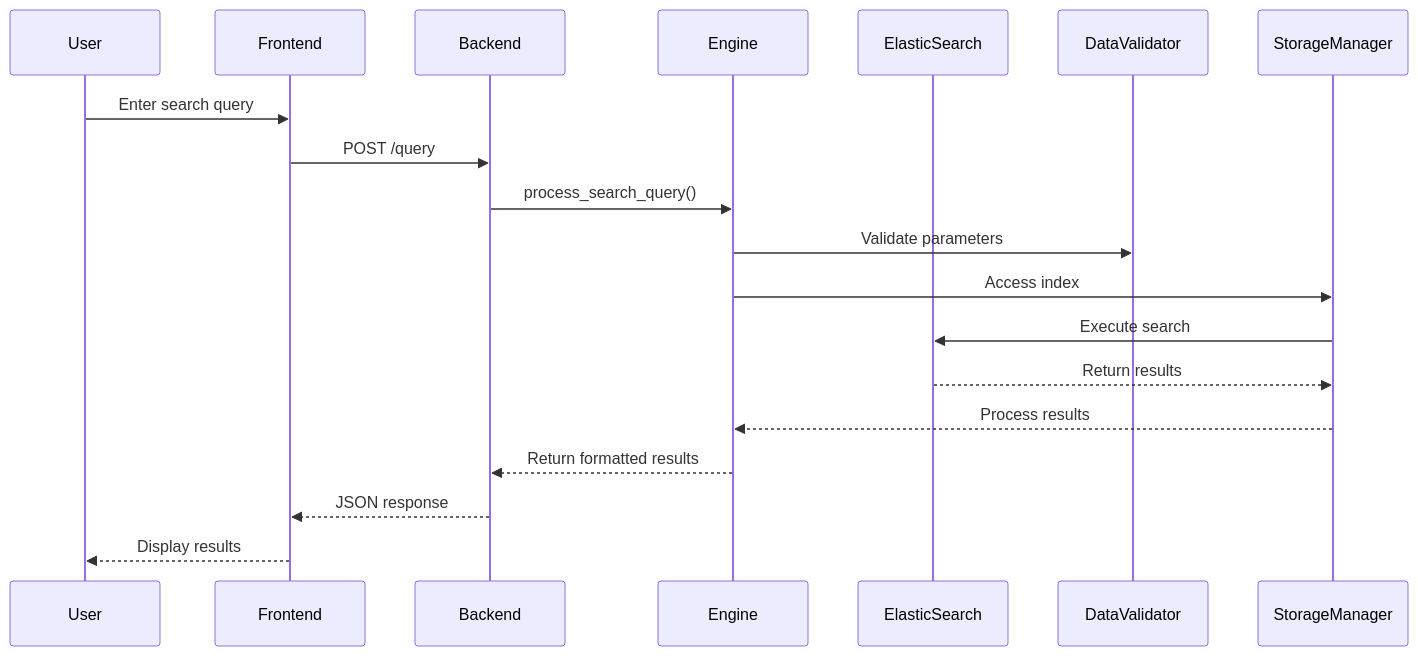
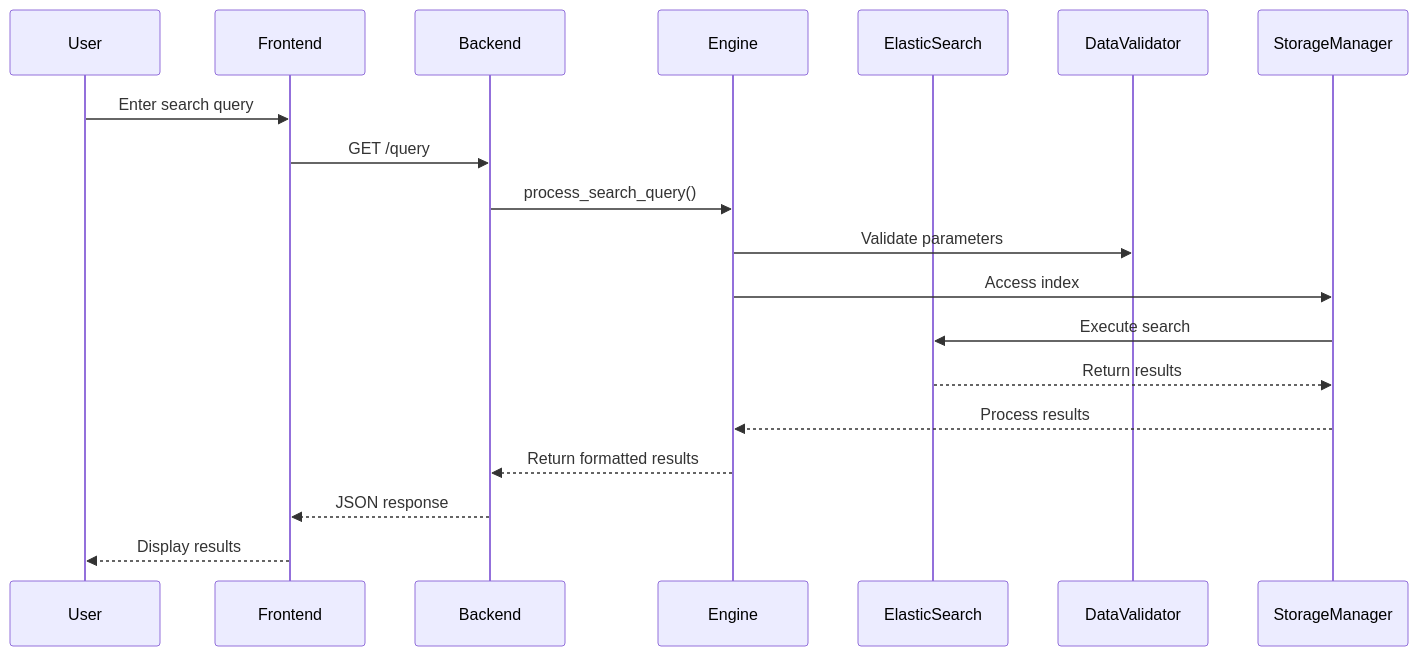
The second of 2 diagrams in ARCHITECTURE.md (senior-design-financial-engine/search-engine), drawn with Mermaid before and after one commit. The commit also changed other lines of this file, not shown here.

````diff
--- a/ARCHITECTURE.md
+++ b/ARCHITECTURE.md
@@ -123,25 +130,22 @@
 ```mermaid
 sequenceDiagram
-    participant User
-    participant Frontend
-    participant Backend
-    participant Engine
-    participant ElasticSearch
-    participant DataValidator
-    participant StorageManager
-
-    User->>Frontend: Enter search query
-    Frontend->>Backend: POST /query
-    Backend->>Engine: process_search_query()
-    
-    Engine->>DataValidator: Validate parameters
-    Engine->>StorageManager: Access index
-    StorageManager->>ElasticSearch: Execute search
-    
-    ElasticSearch-->>StorageManager: Return results
-    StorageManager-->>Engine: Process results
-    Engine-->>Backend: Return formatted results
-    Backend-->>Frontend: JSON response
-    Frontend-->>User: Display results
+participant User
+participant Frontend
+participant Backend
+participant Engine
+participant ElasticSearch
+participant DataValidator
+participant StorageManager
+User->>Frontend: Enter search query
+Frontend->>Backend: GET /query
+Backend->>Engine: process_search_query()
+Engine->>DataValidator: Validate parameters
+Engine->>StorageManager: Access index
+StorageManager->>ElasticSearch: Execute search
+ElasticSearch-->>StorageManager: Return results
+StorageManager-->>Engine: Process results
+Engine-->>Backend: Return formatted results
+Backend-->>Frontend: JSON response
+Frontend-->>User: Display results
 
 ```
````
